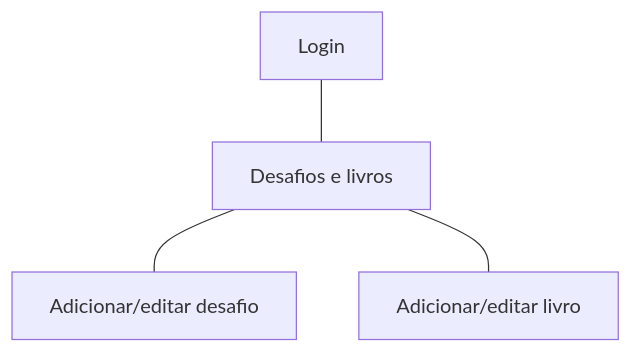
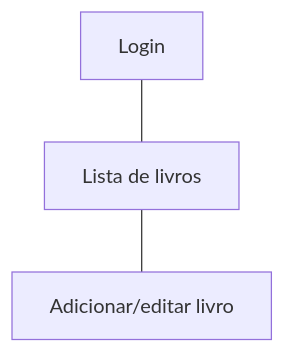
The second of 2 diagrams in doc/prototipos/prototipos.md (tads-cnat/pratiler), drawn with Mermaid before and after one commit.

````diff
--- a/doc/prototipos/prototipos.md
+++ b/doc/prototipos/prototipos.md
@@ -29,6 +29,5 @@
 ```mermaid
 flowchart TD
-1[Login] --- 2[Desafios e livros]
-2 --- 3[Adicionar/editar desafio]
+1[Login] --- 2[Lista de livros]
 2 --- 4[Adicionar/editar livro]
 ```
````
